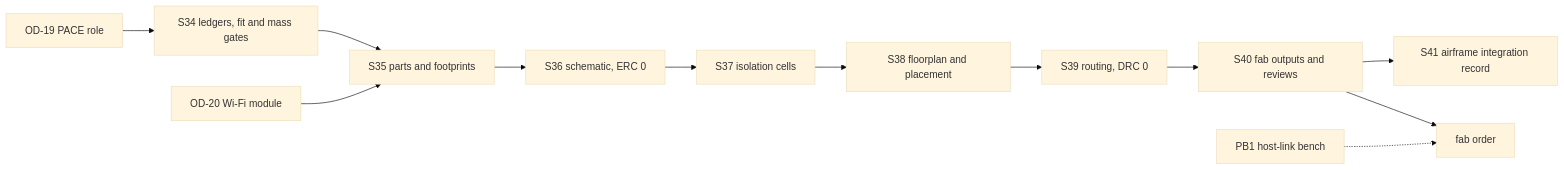
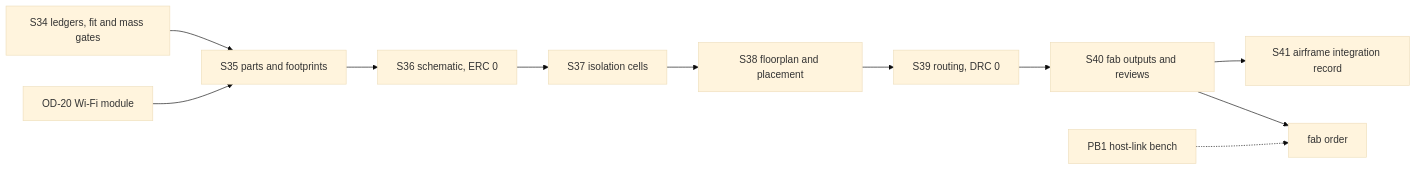
The diagram in docs/plans/2026-11-14-001-feat-nonfo-pilot-pb2-stern-stack-plan.md (Stab-Rabbit-coding/Serenity-UAV), drawn with Mermaid (base theme) before and after one commit. The commit also changed other lines of this file and 7 other files, not shown here.

````diff
--- a/docs/plans/2026-11-14-001-feat-nonfo-pilot-pb2-stern-stack-plan.md
+++ b/docs/plans/2026-11-14-001-feat-nonfo-pilot-pb2-stern-stack-plan.md
@@ -179,14 +179,13 @@
 ```mermaid
 flowchart LR
   S34[S34 ledgers, fit and mass gates] --> S35[S35 parts and footprints]
   OD20[OD-20 Wi-Fi module] --> S35
   S35 --> S36[S36 schematic, ERC 0]
   S36 --> S37[S37 isolation cells]
   S37 --> S38[S38 floorplan and placement]
   S38 --> S39[S39 routing, DRC 0]
   S39 --> S40[S40 fab outputs and reviews]
   S40 --> S41[S41 airframe integration record]
-  OD19[OD-19 PACE role] --> S34
   PB1[PB1 host-link bench] -.-> FAB[fab order]
   S40 --> FAB
 ```
````
